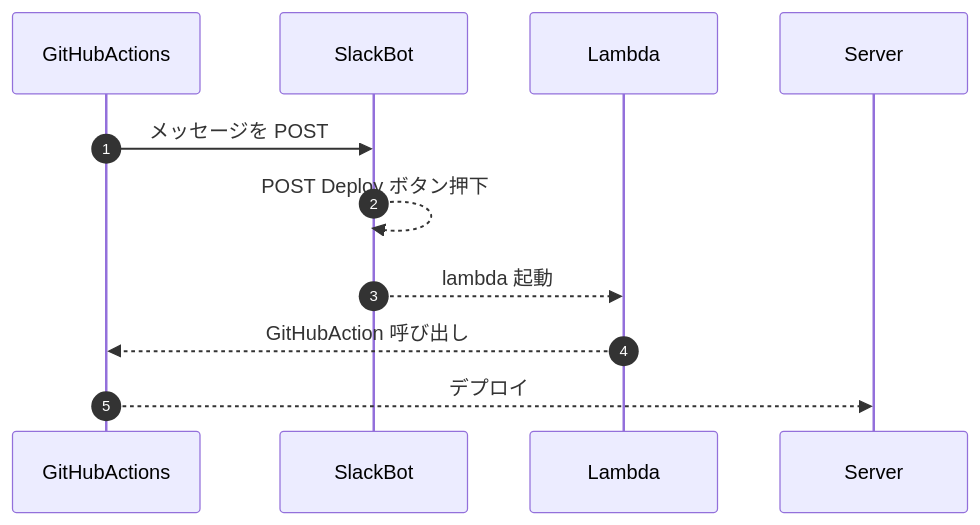
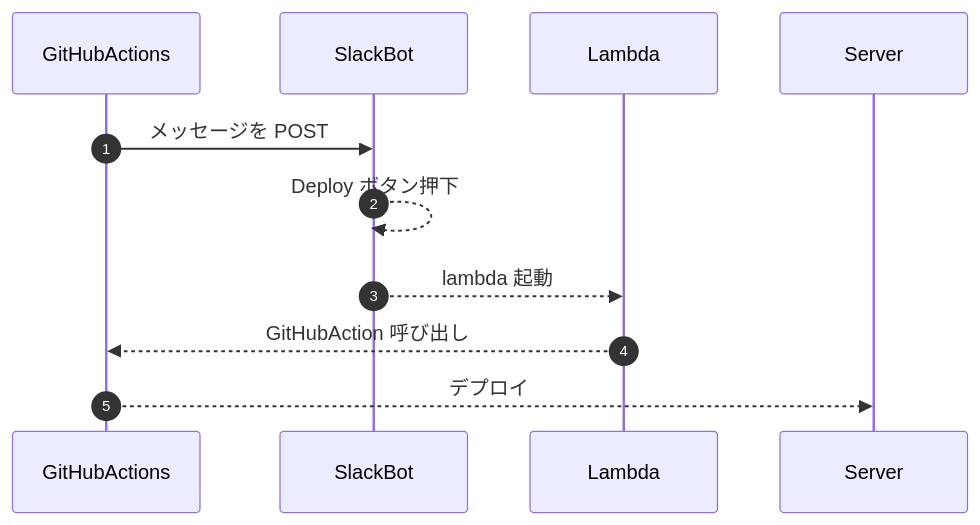
Before and after one commit to taroshun32/zenn-contents: the diagram in articles/repository-dispatch.md, drawn with Mermaid.

Commit message:
fix repository_dispatch

````diff
--- a/articles/repository-dispatch.md
+++ b/articles/repository-dispatch.md
@@ -14,9 +14,9 @@
 ```mermaid
 sequenceDiagram
   autonumber
   GitHubActions->>SlackBot: メッセージを POST
-  SlackBot-->>SlackBot: POST Deploy ボタン押下
+  SlackBot-->>SlackBot: Deploy ボタン押下
   SlackBot-->>Lambda: lambda 起動
   Lambda-->>GitHubActions: GitHubAction 呼び出し
   GitHubActions-->>Server: デプロイ
 ```
````
